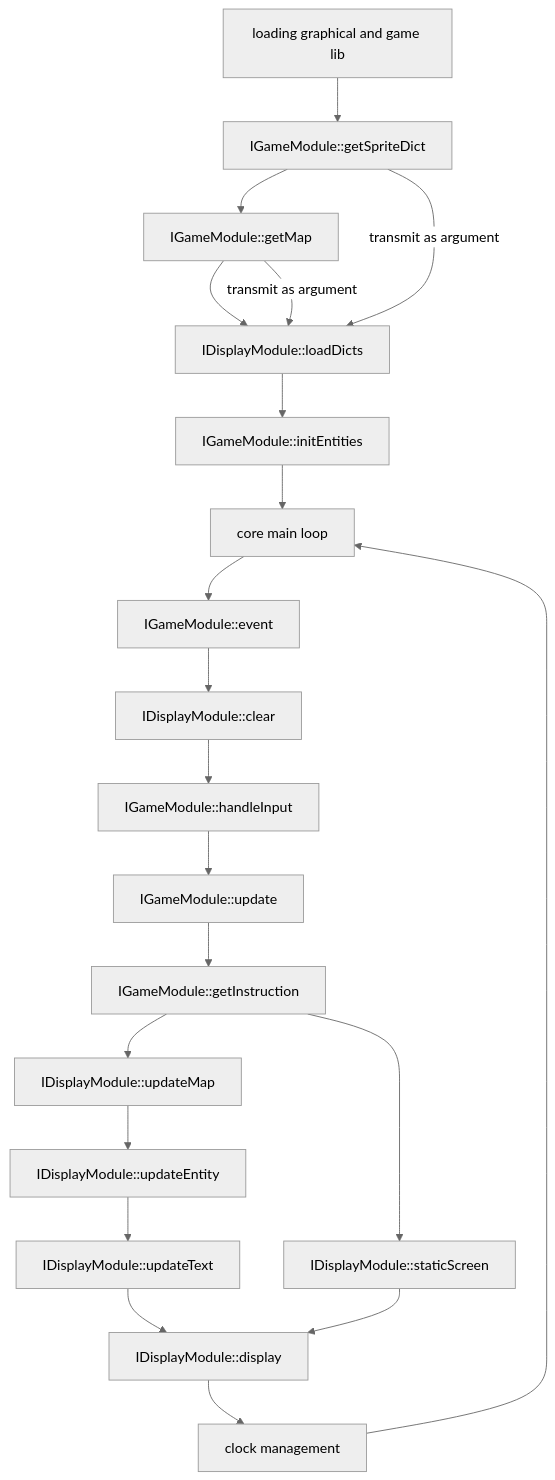
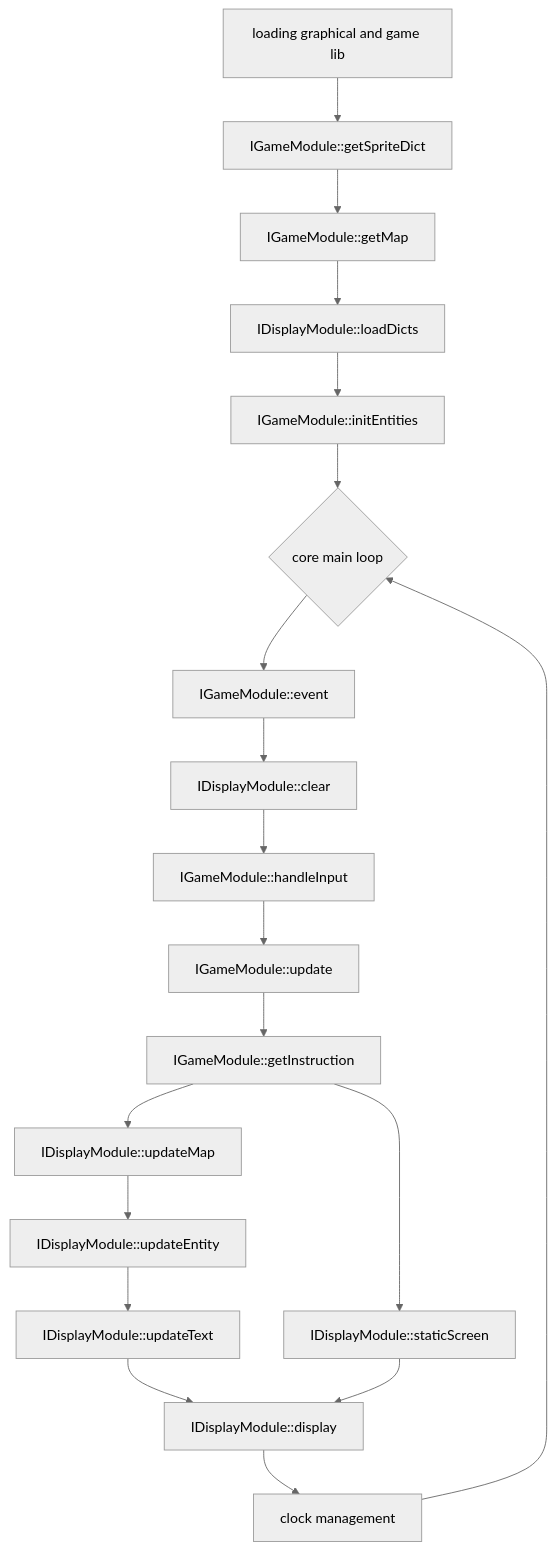
Before and after one commit to ASM-Studios/ArcadeInterfaces: the third of 3 diagrams in ReadMe.md, drawn with Mermaid (neutral theme). The commit also changed other lines of this file, not shown here.

Commit message:
[FIX] schema for general functionnement

````diff
--- a/ReadMe.md
+++ b/ReadMe.md
@@ -471,24 +471,21 @@
 ```mermaid
   graph TD;
     A[loading graphical and game lib] --> B[IGameModule::getSpriteDict]
     B --> C[IGameModule::getMap];
     C --> D[IDisplayModule::loadDicts];
     D --> E[IGameModule::initEntities];
-    E --> F[core main loop];
+    E --> F{core main loop};
     F --> G[IGameModule::event];
     G --> H[IDisplayModule::clear];
     H --> I[IGameModule::handleInput];
     I --> J[IGameModule::update];
     J --> K[IGameModule::getInstruction];
     K --> L[IDisplayModule::updateMap];
     L --> M[IDisplayModule::updateEntity];
     M --> N[IDisplayModule::updateText];
     K --> O[IDisplayModule::staticScreen];
     N --> P[IDisplayModule::display];
     O --> P
     P --> Q[clock management];
     Q --> F;
-    B --transmit as argument--> D;
-    C --transmit as argument--> D;
-
 ```
````
